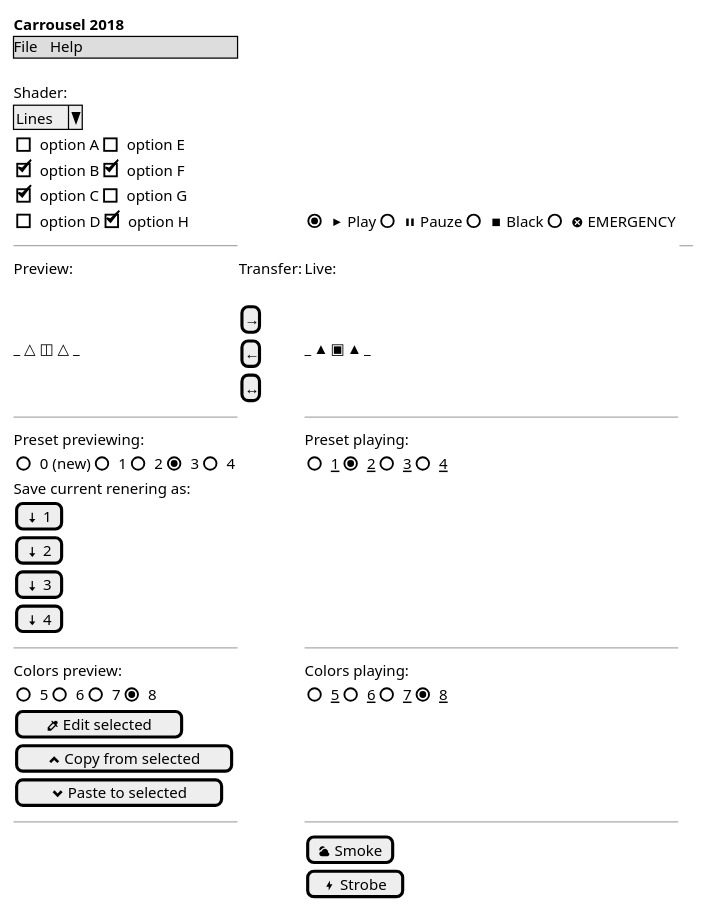
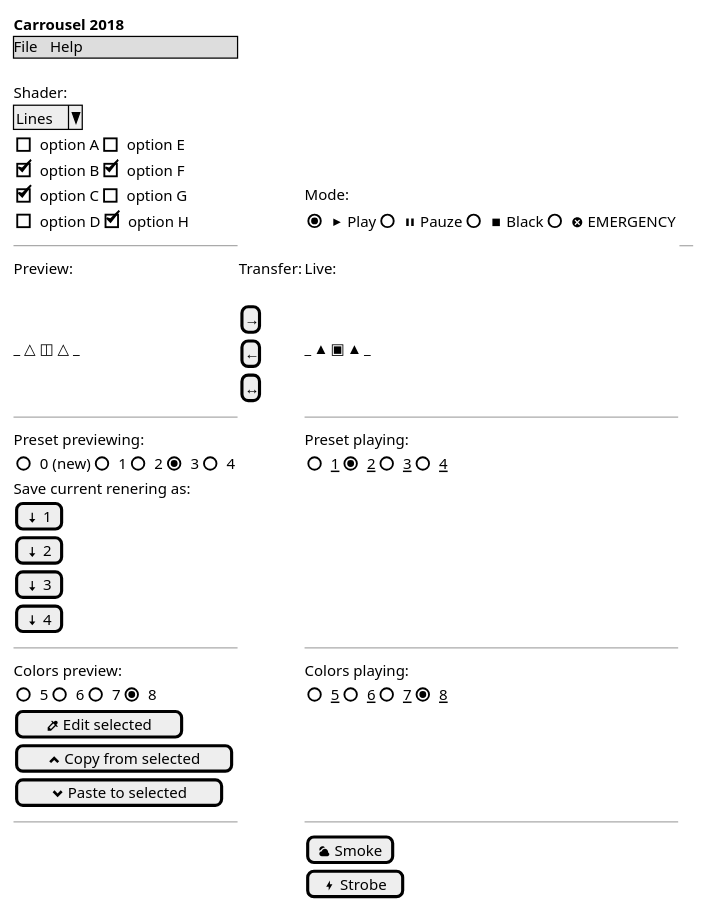
One commit to ikbenmacje/carrousel-2018 changed the diagram in uml/gui.pu. Above: the diagram before and after it, drawn with PlantUML.

Commit message:
first version gui

```diff
--- a/uml/gui.pu
+++ b/uml/gui.pu
@@ -1,43 +1,43 @@
 @startuml
 
 salt
 {
 
 <b>Carrousel 2018
 
 {* File | Help }
 
 .       | . | .
 Shader: | . | .
 ^Lines^ | . | .
 { [ ] option A | [ ] option E } | . | .
 { [X] option B | [X] option F } | . | .
-{ [X] option C | [ ] option G } | . | .
+{ [X] option C | [ ] option G } | . | Mode:
 { [ ] option D | [X] option H } | . | { (X) <&media-play> Play | () <&media-pause> Pauze | () <&media-stop> Black | () <&circle-x> EMERGENCY }
 --        | .         | . | --
 Preview:  | Transfer: | Live:
 .         | .         | .
 .         | [→]       | .
 _ △ ◫ △ _ | [←]       | _ ▲ ▣ ▲ _
 .         | [↔]       | .
 --        | .         | --
 Preset previewing: || . | Preset playing:
 { () 0 (new) | () 1 | () 2 | (X) 3 | () 4 } | . | { () <u>1 | (X) <u>2 | () <u>3 | () <u>4 }
 Save current renering as: | . | .
 [<&arrow-bottom> 1] | . | .
 [<&arrow-bottom> 2] | . | .
 [<&arrow-bottom> 3] | . | .
 [<&arrow-bottom> 4] | . | .
 --  | . | --
 Colors preview: | . | Colors playing:
 { () 5 | () 6 | () 7 | (X) 8 } | . | { () <u>5 | () <u>6 | () <u>7 | (X) <u>8 }
 [<&eyedropper> Edit selected]     | . | .
 [<&chevron-top> Copy from selected]     | . | .
 [<&chevron-bottom> Paste to selected] | . | .
 -- | . | --
 .  | . | [<&cloudy> Smoke]
 .  | . | [<&bolt> Strobe]
 
 }
 
 @enduml
```
